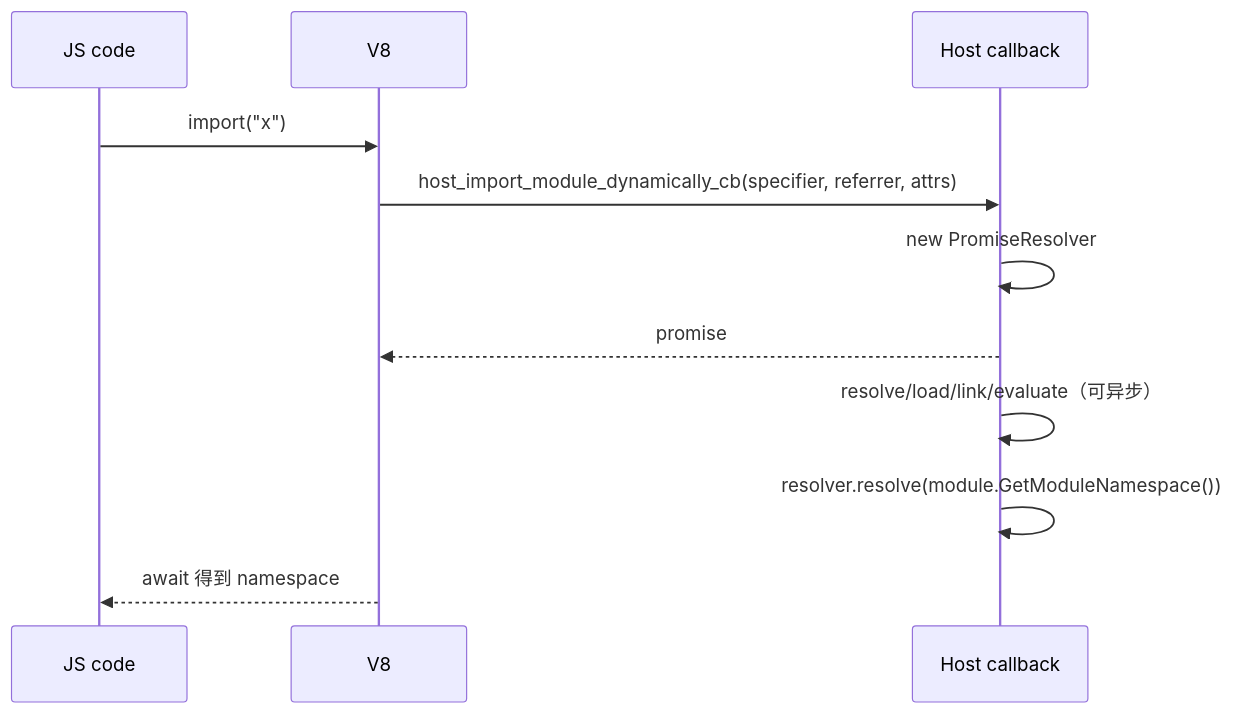
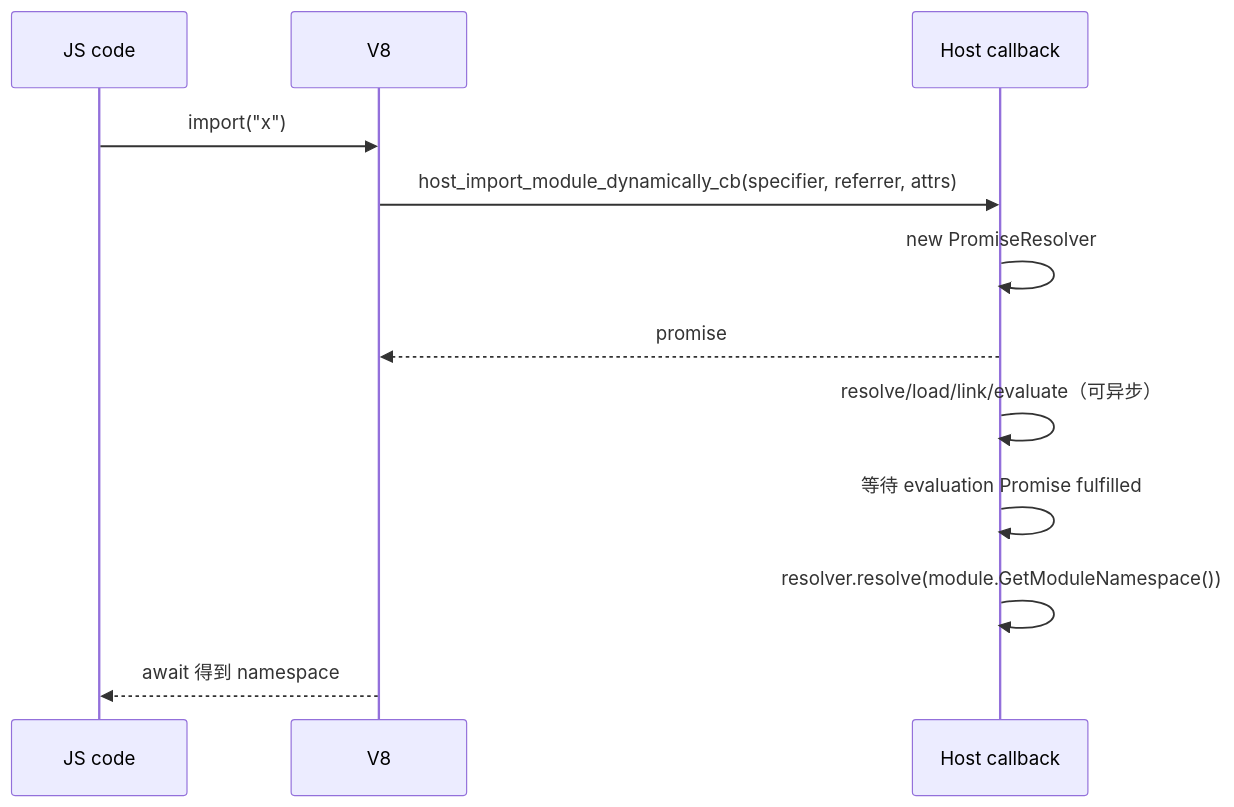
Before and after one commit to rsvim-dev/rfc: the third of 16 diagrams in Investigation/JS_RUNTIME_MODULES.md, drawn with Mermaid. The commit also changed other lines of this file, not shown here.

````diff
--- a/Investigation/JS_RUNTIME_MODULES.md
+++ b/Investigation/JS_RUNTIME_MODULES.md
@@ -245,13 +462,14 @@
 ```mermaid
 sequenceDiagram
   participant JS as JS code
   participant V8 as V8
   participant H as Host callback
   JS->>V8: import("x")
   V8->>H: host_import_module_dynamically_cb(specifier, referrer, attrs)
   H->>H: new PromiseResolver
   H-->>V8: promise
   H->>H: resolve/load/link/evaluate（可异步）
+  H->>H: 等待 evaluation Promise fulfilled
   H->>H: resolver.resolve(module.GetModuleNamespace())
   V8-->>JS: await 得到 namespace
 ```
````
